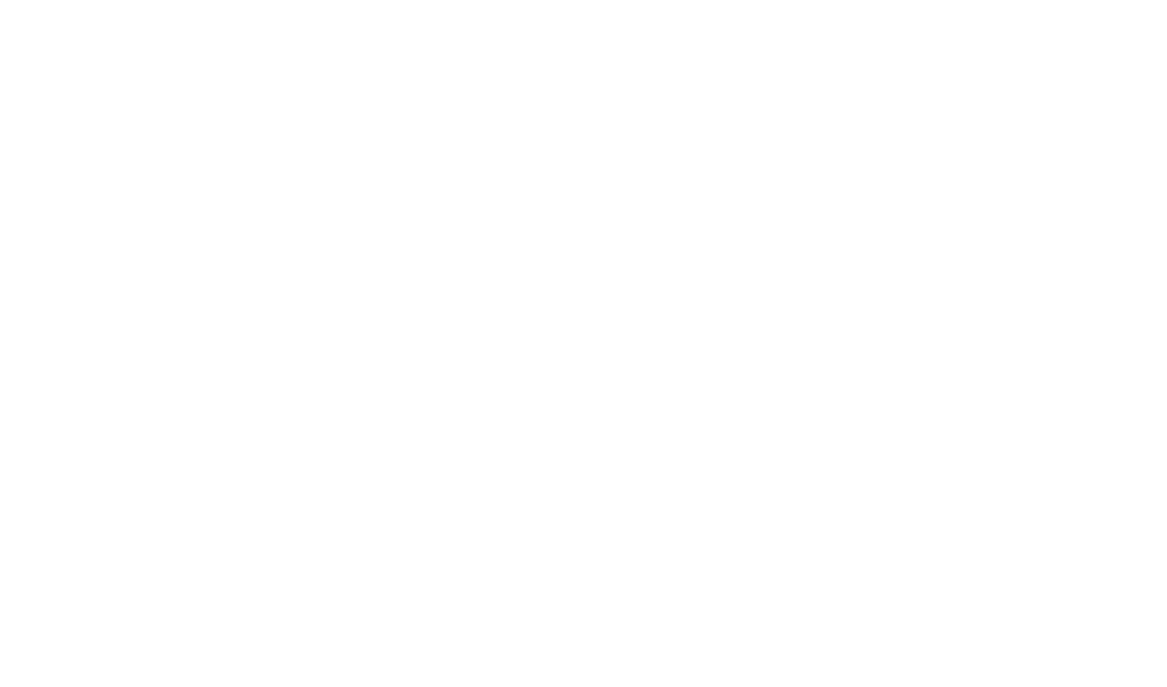
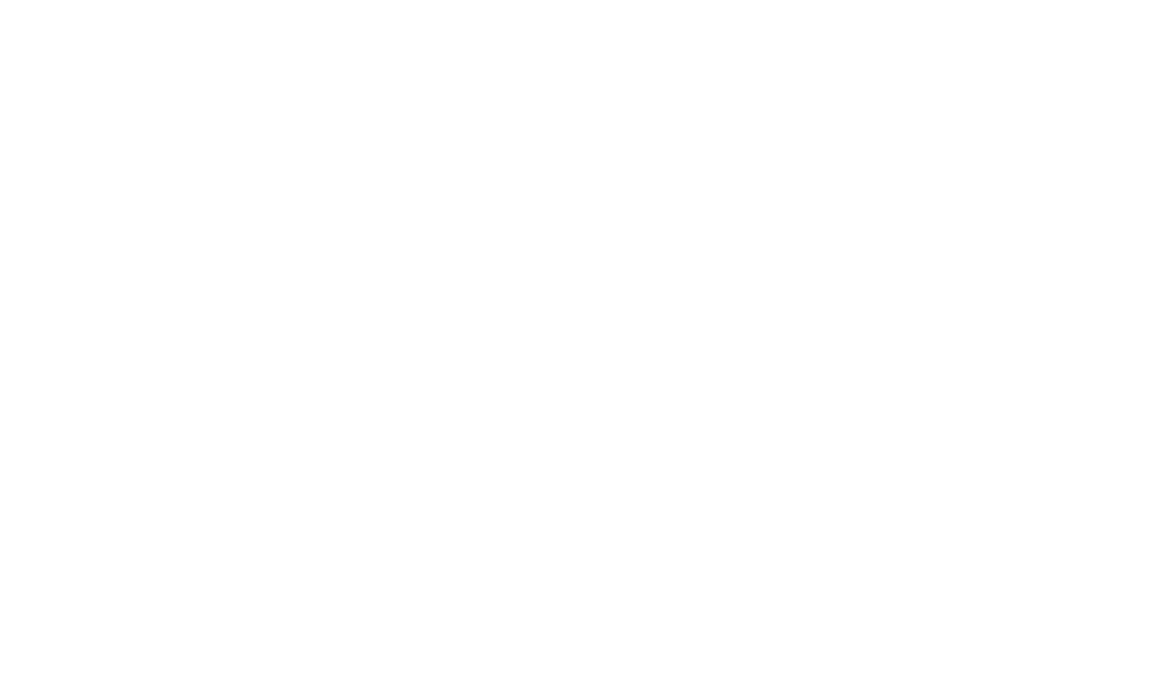
The diagram in 3_solving_mdp/doc/graphs/solving_5.dot (basictask/Intelligencia), drawn with Graphviz before and after one commit. The commit also changed 9 other files, not shown here.

Commit message:
added graph corrections to 3/solving_mdp

```diff
--- a/3_solving_mdp/doc/graphs/solving_5.dot
+++ b/3_solving_mdp/doc/graphs/solving_5.dot
@@ -1,27 +1,27 @@
 digraph mc_vs {
     graph [dpi=300];
     rankdir = "TB"
     label="V(s)"
 
-    s1 [label="s1", width=0.8, fontcolor="black", fillcolor="white", style="filled", shape="circle", fixedsize="true"]
-    s2 [label="s2", width=0.8, fontcolor="black", fillcolor="white", style="filled", shape="circle", fixedsize="true"]
-    s3 [label="s3", width=0.8, fontcolor="black", fillcolor="white", style="filled", shape="circle", fixedsize="true"]
-    s4 [label="s4", width=0.8, fontcolor="black", fillcolor="white", style="filled", shape="circle", fixedsize="true"]
-    s5 [label="s5", width=0.8, fontcolor="black", fillcolor="white", style="filled", shape="circle", fixedsize="true"]
-    s6 [label="s6", width=0.8, fontcolor="black", fillcolor="white", style="filled", shape="circle", fixedsize="true"]
-    s7 [label="s7", width=0.8, fontcolor="black", fillcolor="white", style="filled", shape="circle", fixedsize="true"]
+    s1 [label=<s<sub>1</sub>>, width=0.8, fontcolor="black", fillcolor="white", style="filled", shape="circle", fixedsize="true"]
+    s2 [label=<s<sub>2</sub>>, width=0.8, fontcolor="black", fillcolor="white", style="filled", shape="circle", fixedsize="true"]
+    s3 [label=<s<sub>3</sub>>, width=0.8, fontcolor="black", fillcolor="white", style="filled", shape="circle", fixedsize="true"]
+    s4 [label=<s<sub>4</sub>>, width=0.8, fontcolor="black", fillcolor="white", style="filled", shape="circle", fixedsize="true"]
+    s5 [label=<s<sub>5</sub>>, width=0.8, fontcolor="black", fillcolor="white", style="filled", shape="circle", fixedsize="true"]
+    s6 [label=<s<sub>6</sub>>, width=0.8, fontcolor="black", fillcolor="white", style="filled", shape="circle", fixedsize="true"]
+    s7 [label=<s<sub>7</sub>>, width=0.8, fontcolor="black", fillcolor="white", style="filled", shape="circle", fixedsize="true"]
 
-    a1 [label="a1", width=0.5, fontcolor="white", fillcolor="black", style="filled", shape="circle", fixedsize="true"]
-    a2 [label="a2", width=0.5, fontcolor="white", fillcolor="black", style="filled", shape="circle", fixedsize="true"]
-    a3 [label="a3", width=0.5, fontcolor="white", fillcolor="black", style="filled", shape="circle", fixedsize="true"]
+    a1 [label=<a<sub>1</sub>>, width=0.5, fontcolor="white", fillcolor="black", style="filled", shape="circle", fixedsize="true"]
+    a2 [label=<a<sub>2</sub>>, width=0.5, fontcolor="white", fillcolor="black", style="filled", shape="circle", fixedsize="true"]
+    a3 [label=<a<sub>3</sub>>, width=0.5, fontcolor="white", fillcolor="black", style="filled", shape="circle", fixedsize="true"]
 
     s1 -> a1
     s1 -> a2
     s1 -> a3
     a1 -> s2
     a1 -> s3
     a2 -> s4
     a2 -> s5
     a3 -> s6
     a3 -> s7
 }
```
